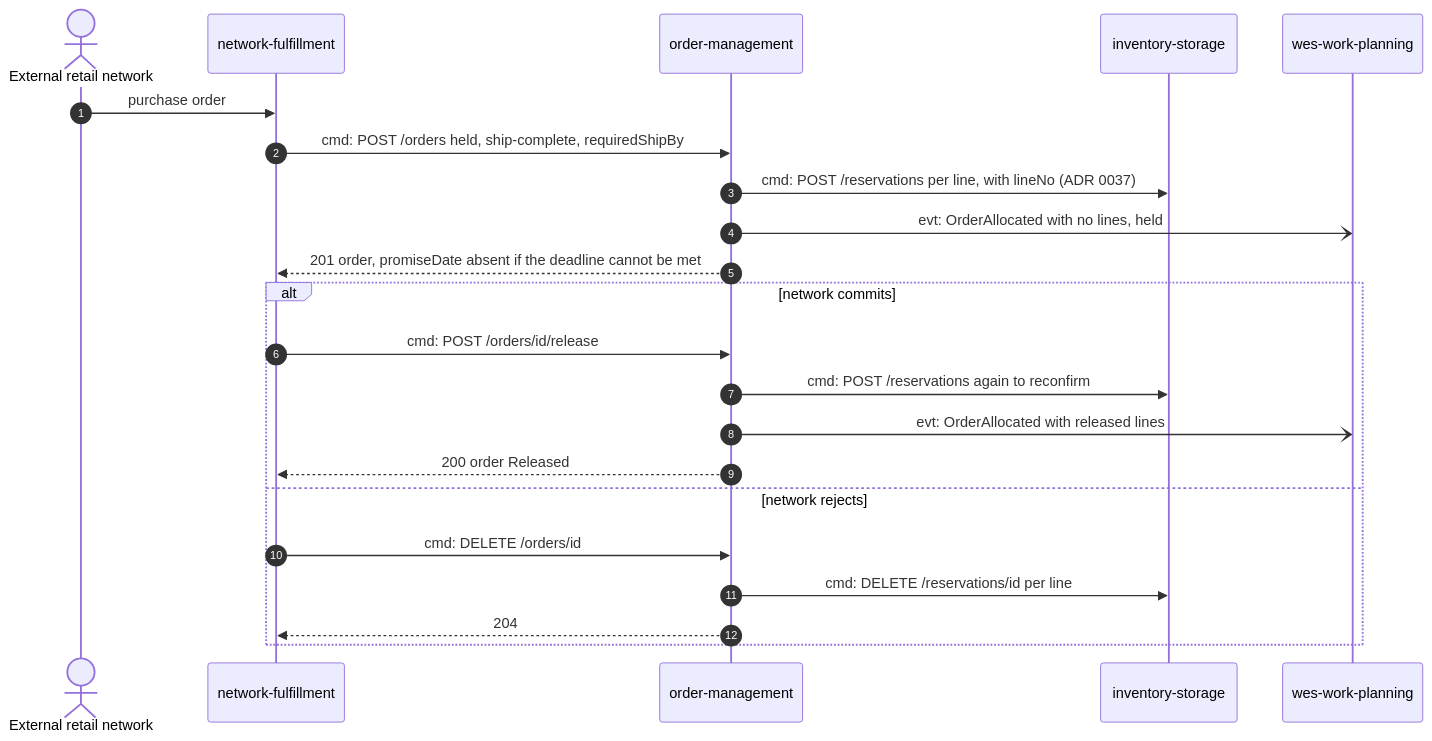
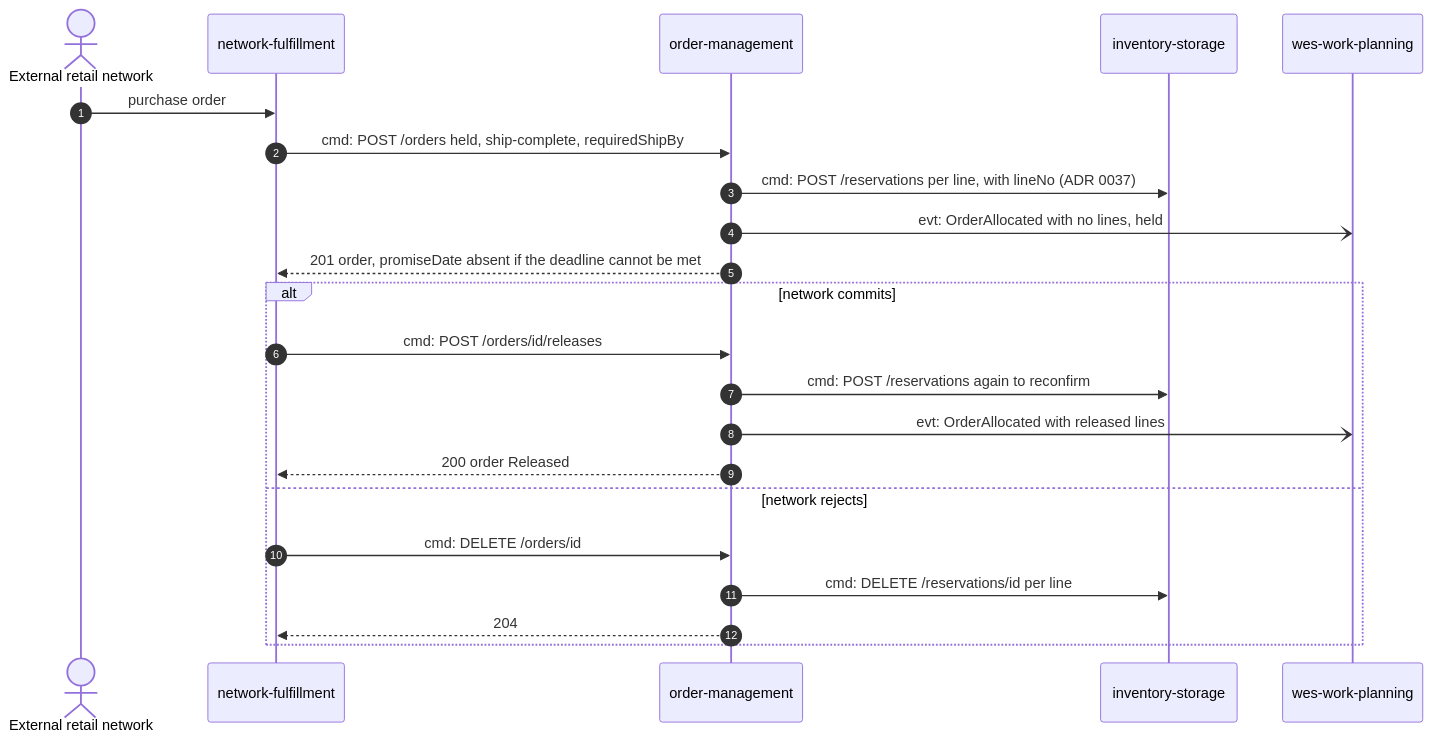
The second of 4 diagrams in docs/contexts/order-management/domain-message-flow.md (IQVO/warehouse-docs), drawn with Mermaid before and after one commit. The commit also changed 272 other files, not shown here.

````diff
--- a/docs/contexts/order-management/domain-message-flow.md
+++ b/docs/contexts/order-management/domain-message-flow.md
@@ -70,25 +70,25 @@
 ```mermaid
 sequenceDiagram
   autonumber
   actor Net as External retail network
   participant NF as network-fulfillment
   participant OM as order-management
   participant INV as inventory-storage
   participant WP as wes-work-planning
 
   Net->>NF: purchase order
   NF->>OM: cmd: POST /orders held, ship-complete, requiredShipBy
   OM->>INV: cmd: POST /reservations per line, with lineNo (ADR 0037)
   OM-)WP: evt: OrderAllocated with no lines, held
   OM-->>NF: 201 order, promiseDate absent if the deadline cannot be met
   alt network commits
-    NF->>OM: cmd: POST /orders/id/release
+    NF->>OM: cmd: POST /orders/id/releases
     OM->>INV: cmd: POST /reservations again to reconfirm
     OM-)WP: evt: OrderAllocated with released lines
     OM-->>NF: 200 order Released
   else network rejects
     NF->>OM: cmd: DELETE /orders/id
     OM->>INV: cmd: DELETE /reservations/id per line
     OM-->>NF: 204
   end
 ```
````
